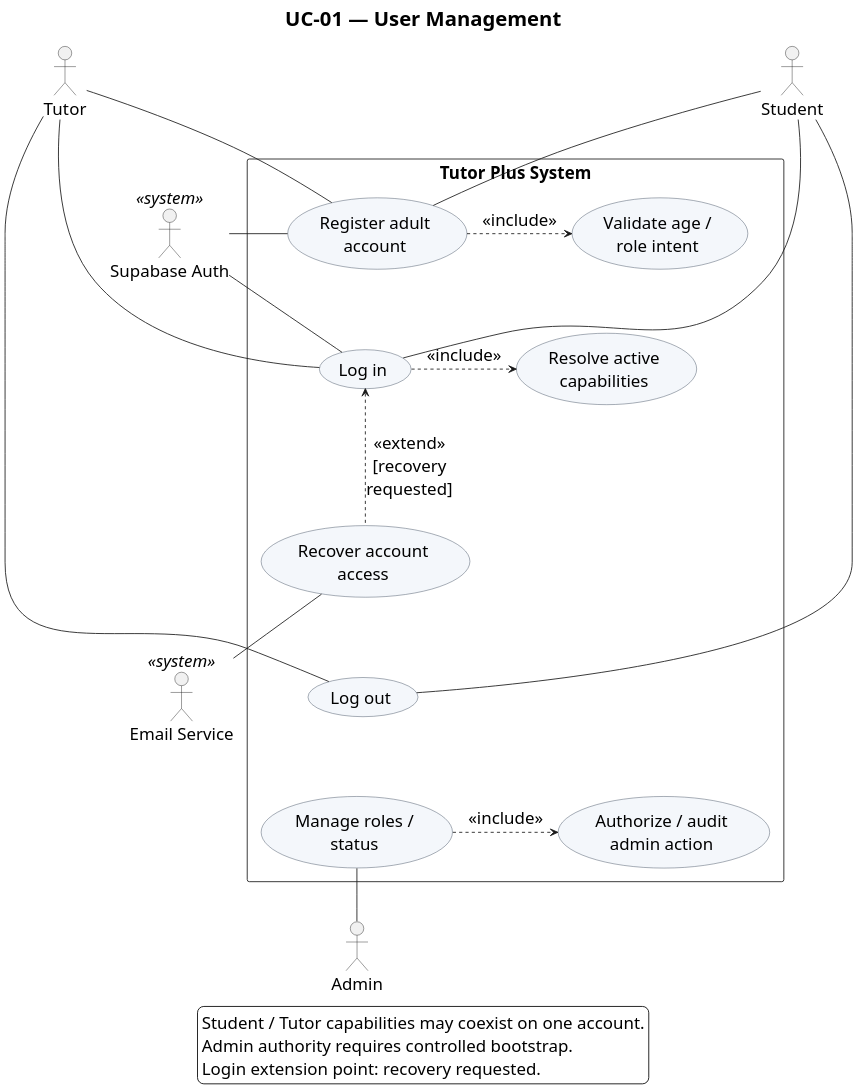
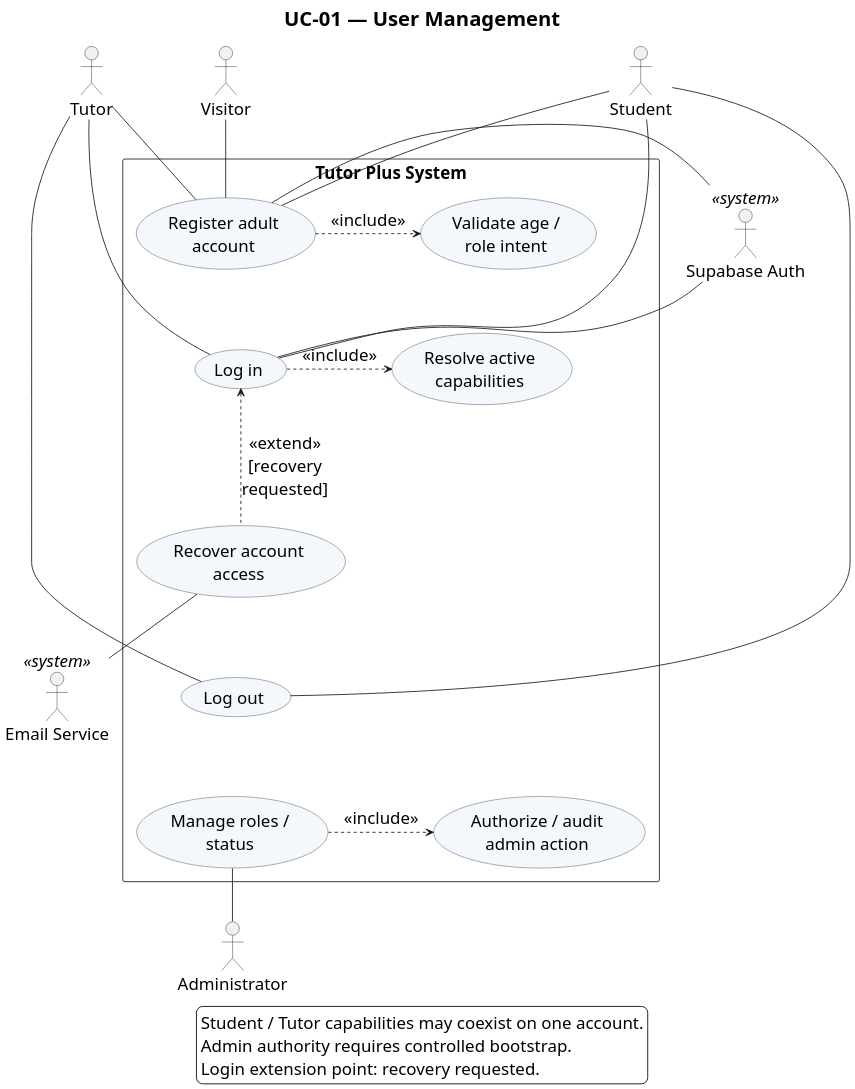
Before and after one commit to addiee13/tutor-plus: the diagram in docs/diagrams/source/usecase-uc01.puml, drawn with PlantUML. The commit also changed 105 other files, not shown here.

```diff
--- a/docs/diagrams/source/usecase-uc01.puml
+++ b/docs/diagrams/source/usecase-uc01.puml
@@ -1,51 +1,53 @@
 @startuml
 title UC-01 — User Management
 top to bottom direction
 skinparam backgroundColor white
 skinparam defaultFontName Arial
 skinparam defaultFontSize 20
 skinparam legendFontSize 20
 skinparam titleFontSize 24
 skinparam shadowing false
 skinparam dpi 180
 skinparam packageStyle rectangle
 skinparam usecaseBackgroundColor #F4F7FB
 skinparam usecaseBorderColor #334155
+actor Visitor
 actor Student
 actor Tutor
-actor "Admin" as Admin
+actor Administrator as Admin
 actor "Supabase Auth" as Auth <<system>>
 actor "Email Service" as Email <<system>>
 rectangle "Tutor Plus System" {
   usecase "Register adult\naccount" as Register
   usecase "Validate age /\nrole intent" as Validate
   usecase "Log in" as Login
   usecase "Resolve active\ncapabilities" as Resolve
   usecase "Recover account\naccess" as Recover
   usecase "Log out" as Logout
   usecase "Manage roles /\nstatus" as Manage
   usecase "Authorize / audit\nadmin action" as Audit
   Register .right.> Validate : <<include>>
   Login .right.> Resolve : <<include>>
   Recover .up.> Login : <<extend>>\n[recovery\nrequested]
   Manage .right.> Audit : <<include>>
   Register -[hidden]down- Login
   Recover -[hidden]down- Logout
   Logout -[hidden]down- Manage
 }
+Visitor -down- Register
 Student -down- Register
 Student -- Login
 Student -- Logout
 Tutor -down- Register
 Tutor -- Login
 Tutor -- Logout
 Admin -up- Manage
 Auth -up- Register
 Auth -- Login
 Email -up- Recover
 legend bottom
   Student / Tutor capabilities may coexist on one account.
   Admin authority requires controlled bootstrap.
   Login extension point: recovery requested.
 endlegend
 @enduml
```
